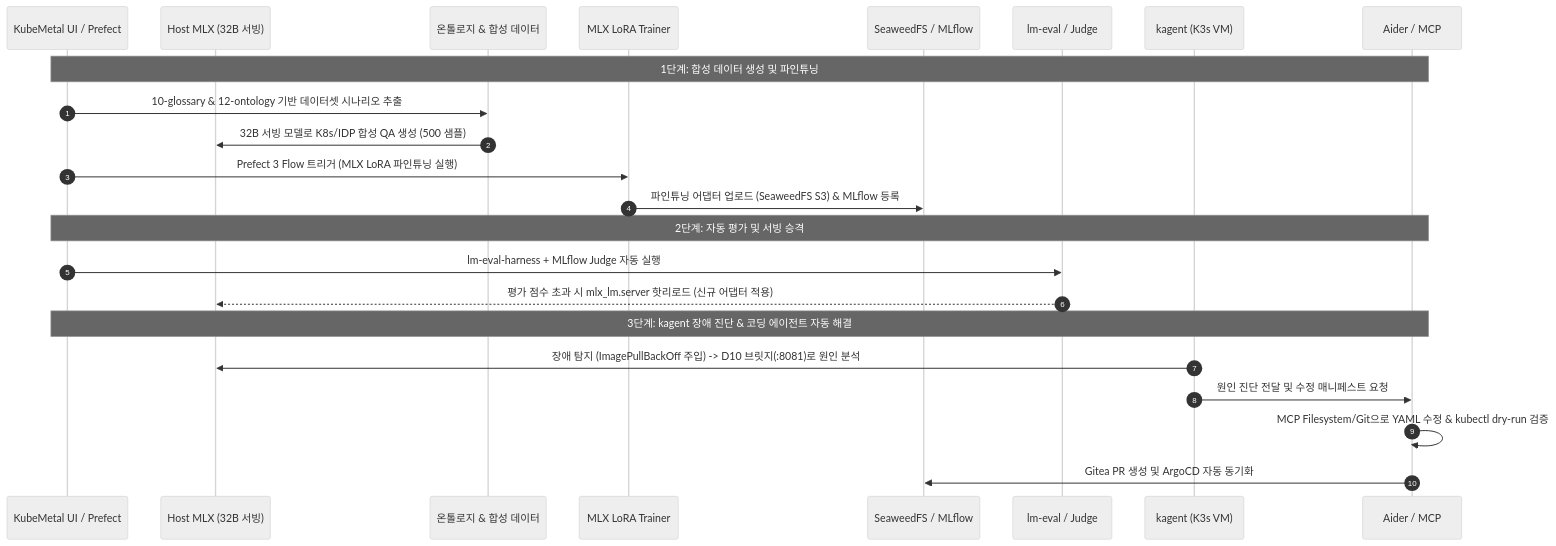
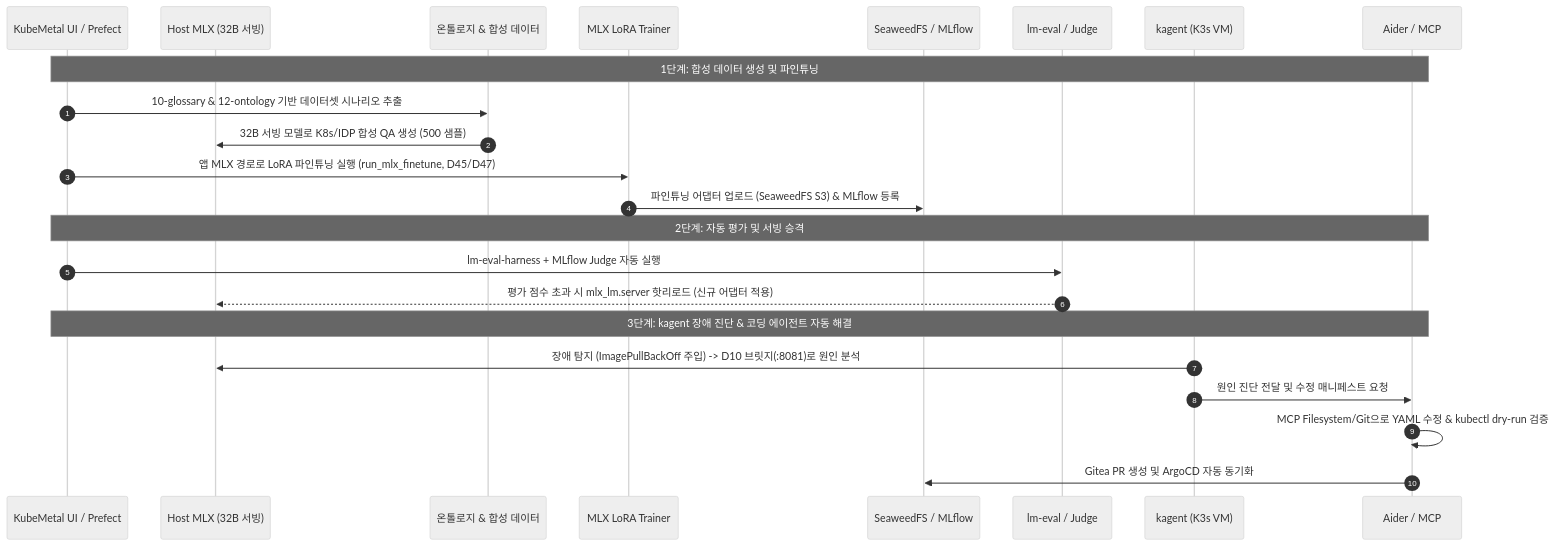
The second of 3 diagrams in docs/17-comprehensive-test-environment.md (dasomel/kubemetal), drawn with Mermaid (neutral theme) before and after one commit. The commit also changed 22 other files, not shown here.

First line of the commit message:
feat(mlx): retire the Prefect fine-tune bypass; fine-tune runs only via the D45 path (S2b of #33, #22, D47) (#173)

````diff
--- a/docs/17-comprehensive-test-environment.md
+++ b/docs/17-comprehensive-test-environment.md
@@ -101,28 +101,28 @@
 ```mermaid
 sequenceDiagram
     autonumber
     participant UI as KubeMetal UI / Prefect
     participant Host as Host MLX (32B 서빙)
     participant Data as 온톨로지 & 합성 데이터
     participant Train as MLX LoRA Trainer
     participant Reg as SeaweedFS / MLflow
     participant Eval as lm-eval / Judge
     participant KAgent as kagent (K3s VM)
     participant CodeAgent as Aider / MCP
 
     Note over UI, CodeAgent: 1단계: 합성 데이터 생성 및 파인튜닝
     UI->>Data: 10-glossary & 12-ontology 기반 데이터셋 시나리오 추출
     Data->>Host: 32B 서빙 모델로 K8s/IDP 합성 QA 생성 (500 샘플)
-    UI->>Train: Prefect 3 Flow 트리거 (MLX LoRA 파인튜닝 실행)
+    UI->>Train: 앱 MLX 경로로 LoRA 파인튜닝 실행 (run_mlx_finetune, D45/D47)
     Train->>Reg: 파인튜닝 어댑터 업로드 (SeaweedFS S3) & MLflow 등록
 
     Note over UI, CodeAgent: 2단계: 자동 평가 및 서빙 승격
     UI->>Eval: lm-eval-harness + MLflow Judge 자동 실행
     Eval-->>Host: 평가 점수 초과 시 mlx_lm.server 핫리로드 (신규 어댑터 적용)
 
     Note over UI, CodeAgent: 3단계: kagent 장애 진단 & 코딩 에이전트 자동 해결
     KAgent->>Host: 장애 탐지 (ImagePullBackOff 주입) -> D10 브릿지(:8081)로 원인 분석
     KAgent->>CodeAgent: 원인 진단 전달 및 수정 매니페스트 요청
     CodeAgent->>CodeAgent: MCP Filesystem/Git으로 YAML 수정 & kubectl dry-run 검증
     CodeAgent->>Reg: Gitea PR 생성 및 ArgoCD 자동 동기화
 ```
````
